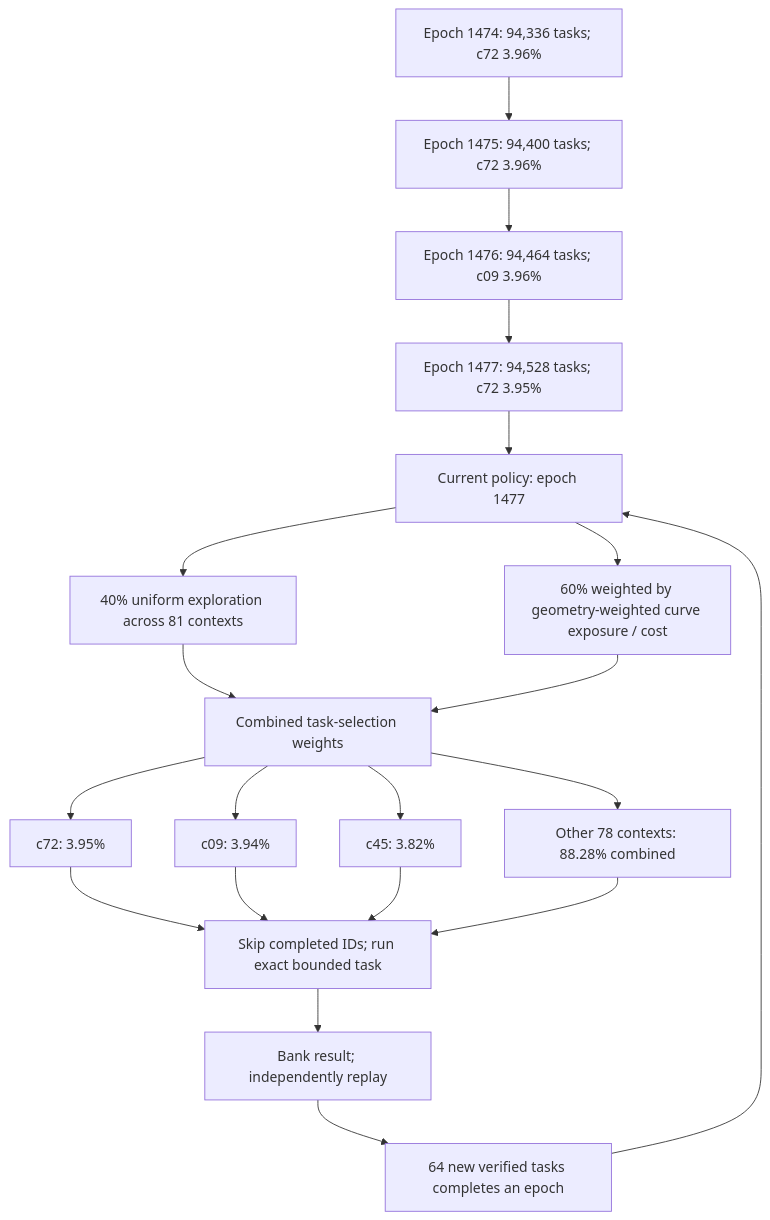
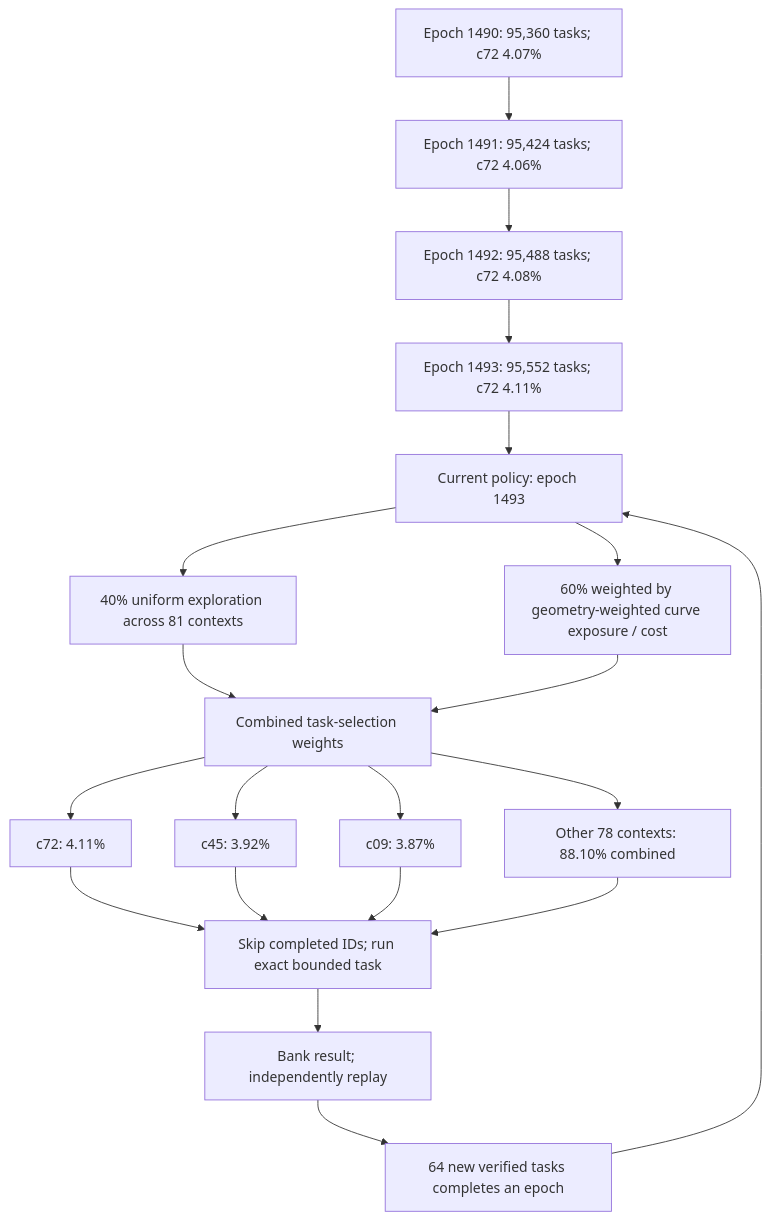
One commit to Kuberwastaken/math-gambling changed the first of 3 diagrams in README.md. Above: the diagram before and after it, drawn with Mermaid. The commit also changed other lines of this file and 2137 other files, not shown here.

````diff
--- a/README.md
+++ b/README.md
@@ -56,27 +56,27 @@
 ```mermaid
 flowchart TD
-    H0["Epoch 1474: 94,336 tasks; c72 3.96%"]
-    H1["Epoch 1475: 94,400 tasks; c72 3.96%"]
+    H0["Epoch 1490: 95,360 tasks; c72 4.07%"]
+    H1["Epoch 1491: 95,424 tasks; c72 4.06%"]
     H0 --> H1
-    H2["Epoch 1476: 94,464 tasks; c09 3.96%"]
+    H2["Epoch 1492: 95,488 tasks; c72 4.08%"]
     H1 --> H2
-    H3["Epoch 1477: 94,528 tasks; c72 3.95%"]
+    H3["Epoch 1493: 95,552 tasks; c72 4.11%"]
     H2 --> H3
-    Policy["Current policy: epoch 1477"]
+    Policy["Current policy: epoch 1493"]
     H3 --> Policy
     Policy --> Explore["40% uniform exploration across 81 contexts"]
     Policy --> Cost["60% weighted by geometry-weighted curve exposure / cost"]
     Explore --> Mix["Combined task-selection weights"]
     Cost --> Mix
-    Mix --> C0["c72: 3.95%"]
-    Mix --> C1["c09: 3.94%"]
-    Mix --> C2["c45: 3.82%"]
-    Mix --> Rest["Other 78 contexts: 88.28% combined"]
+    Mix --> C0["c72: 4.11%"]
+    Mix --> C1["c45: 3.92%"]
+    Mix --> C2["c09: 3.87%"]
+    Mix --> Rest["Other 78 contexts: 88.10% combined"]
     C0 --> Check["Skip completed IDs; run exact bounded task"]
     C1 --> Check
     C2 --> Check
     Rest --> Check
     Check --> Replay["Bank result; independently replay"]
     Replay --> Gate["64 new verified tasks completes an epoch"]
     Gate --> Policy
 ```
````
